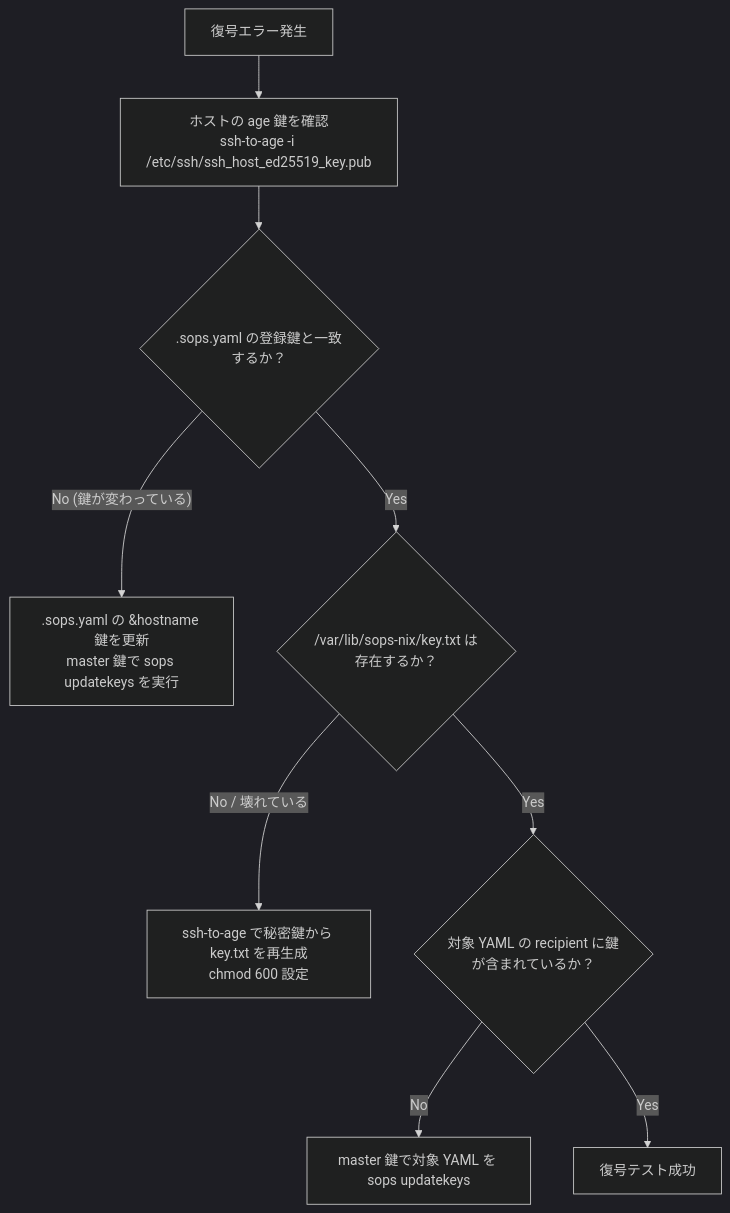
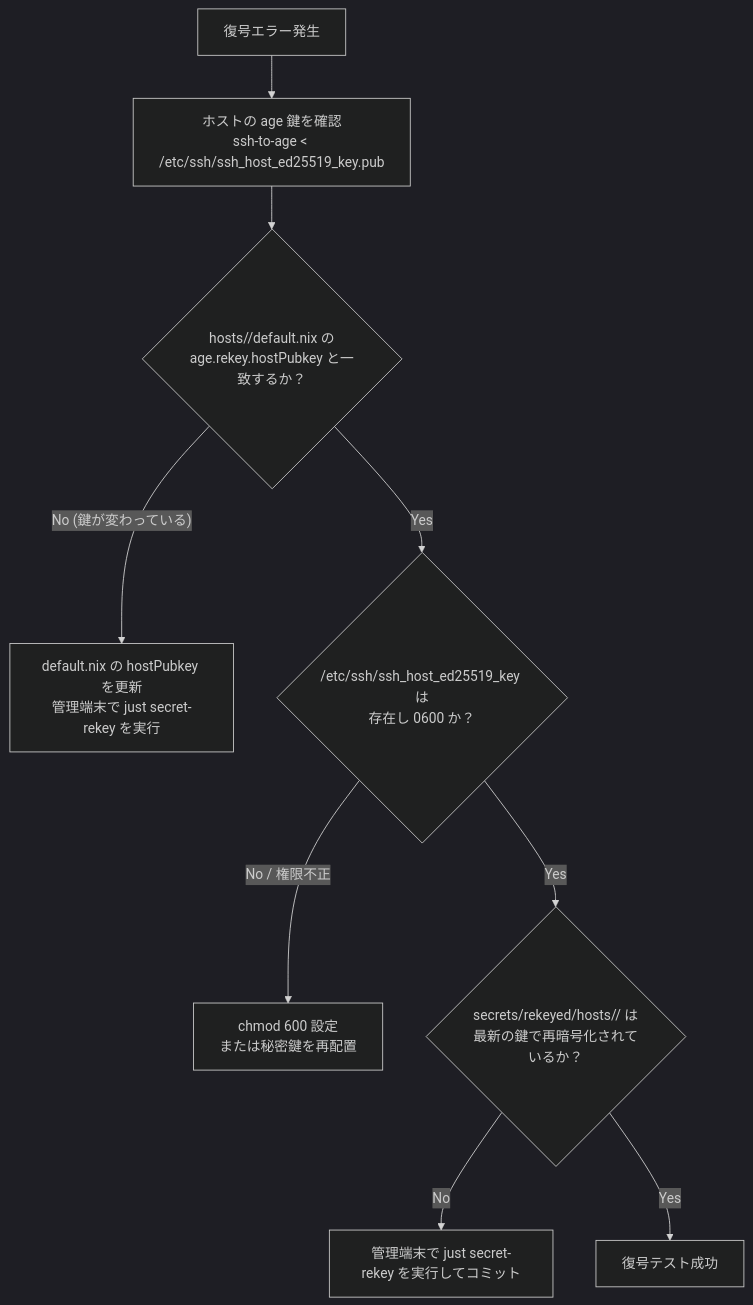
Before and after one commit to t3u-tsu/nix-config: the diagram in docs/troubleshooting/secrets-and-auth.md, drawn with Mermaid (dark theme). The commit also changed other lines of this file and 28 other files, not shown here.

Commit message:
docs(secrets): complete sops deprecation across all docs and fix broken links

````diff
--- a/docs/troubleshooting/secrets-and-auth.md
+++ b/docs/troubleshooting/secrets-and-auth.md
@@ -31,11 +32,11 @@
 ```mermaid
 flowchart TD
-    Start["復号エラー発生"] --> Step1["ホストの age 鍵を確認<br>ssh-to-age -i /etc/ssh/ssh_host_ed25519_key.pub"]
-    Step1 --> Step2{".sops.yaml の登録鍵と一致するか？"}
-    Step2 -->|"No (鍵が変わっている)"| Fix1[".sops.yaml の &hostname 鍵を更新<br>master 鍵で sops updatekeys を実行"]
-    Step2 -->|"Yes"| Step3{"/var/lib/sops-nix/key.txt は存在するか？"}
-    Step3 -->|"No / 壊れている"| Fix2["ssh-to-age で秘密鍵から key.txt を再生成<br>chmod 600 設定"]
-    Step3 -->|"Yes"| Step4{"対象 YAML の recipient に鍵が含まれているか？"}
-    Step4 -->|"No"| Fix3["master 鍵で対象 YAML を sops updatekeys"]
+    Start["復号エラー発生"] --> Step1["ホストの age 鍵を確認<br>ssh-to-age < /etc/ssh/ssh_host_ed25519_key.pub"]
+    Step1 --> Step2{"hosts/<hostname>/default.nix の<br>age.rekey.hostPubkey と一致するか？"}
+    Step2 -->|"No (鍵が変わっている)"| Fix1["default.nix の hostPubkey を更新<br>管理端末で just secret-rekey を実行"]
+    Step2 -->|"Yes"| Step3{"/etc/ssh/ssh_host_ed25519_key は<br>存在し 0600 か？"}
+    Step3 -->|"No / 権限不正"| Fix2["chmod 600 設定<br>または秘密鍵を再配置"]
+    Step3 -->|"Yes"| Step4{"secrets/rekeyed/hosts/<hostname>/ は<br>最新の鍵で再暗号化されているか？"}
+    Step4 -->|"No"| Fix3["管理端末で just secret-rekey を実行してコミット"]
     Step4 -->|"Yes"| OK["復号テスト成功"]
 ```
````
